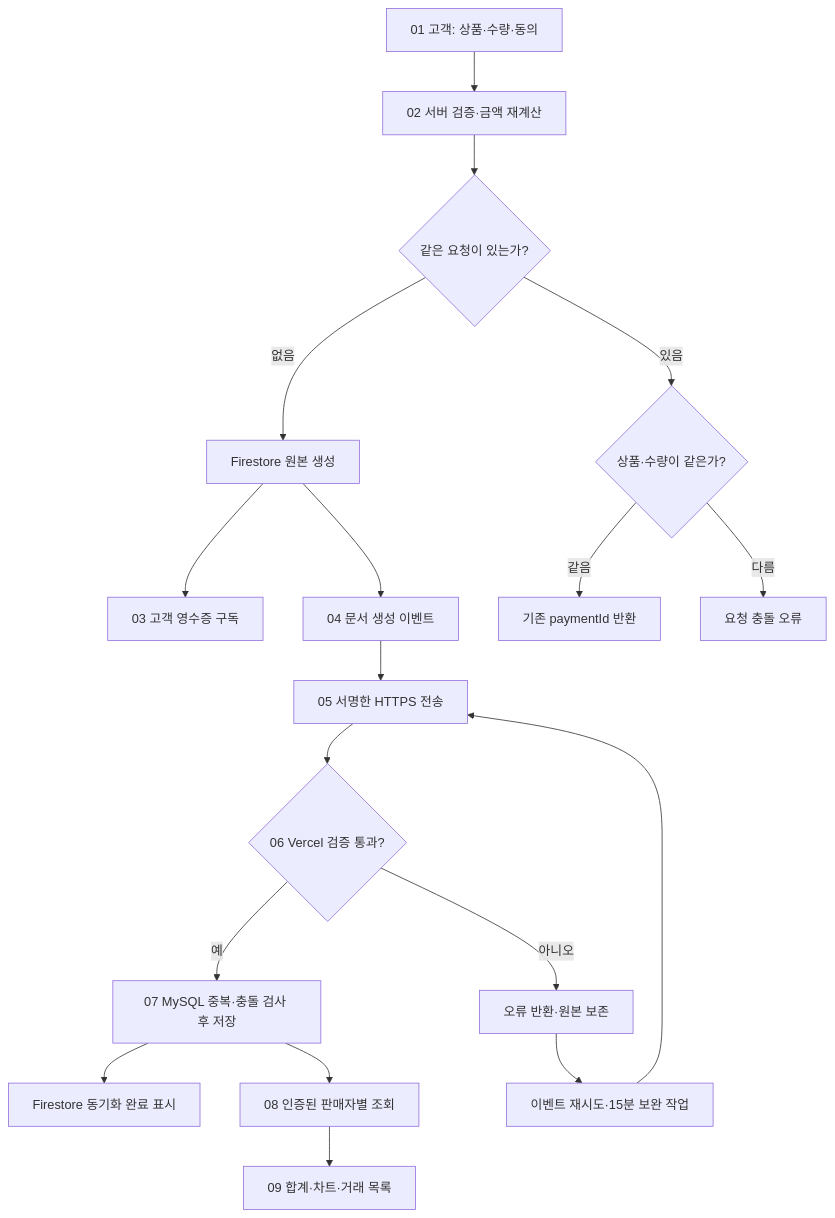
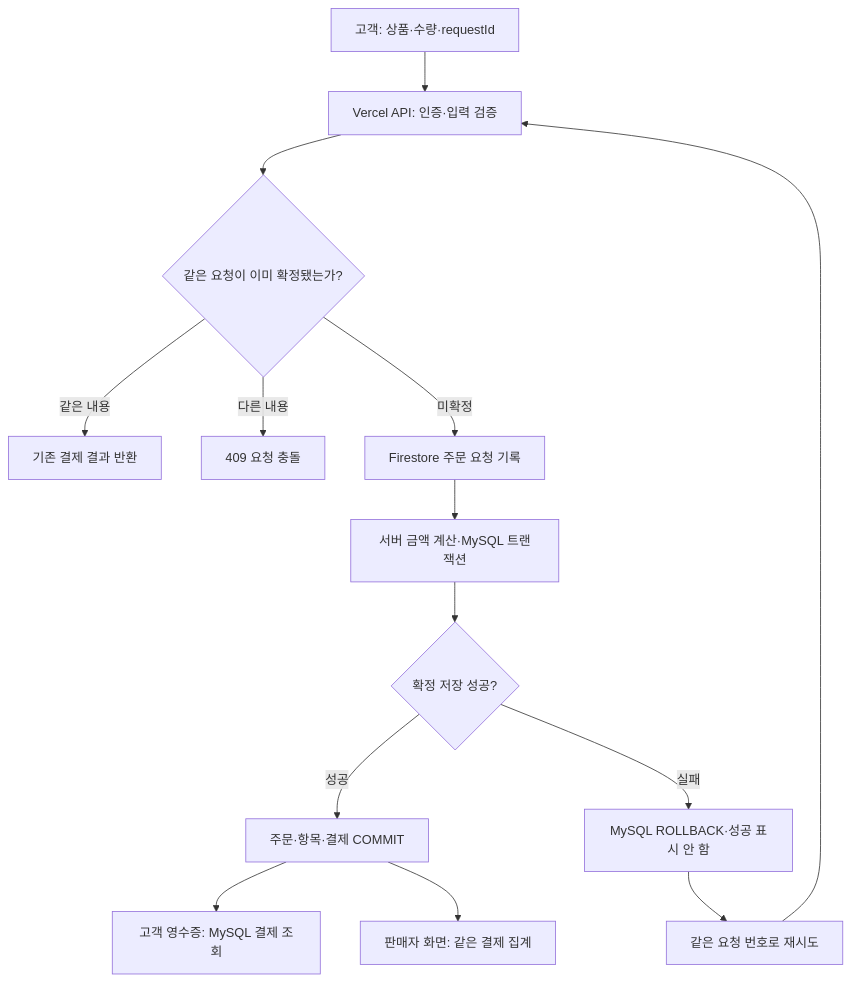
One commit to wevolmina/ENG_agency changed the first of 3 diagrams in docs/IMPLEMENTATION-REPORT.md. Above: the diagram before and after it, drawn with Mermaid. The commit also changed other lines of this file and 1 other file, not shown here.

````diff
--- a/docs/IMPLEMENTATION-REPORT.md
+++ b/docs/IMPLEMENTATION-REPORT.md
@@ -40,20 +72,16 @@
 ```mermaid
 flowchart TD
-  A["01 고객: 상품·수량·동의"] --> B["02 서버 검증·금액 재계산"]
-  B --> C{"같은 요청이 있는가?"}
-  C -->|없음| D["Firestore 원본 생성"]
-  C -->|있음| E{"상품·수량이 같은가?"}
-  E -->|같음| F["기존 paymentId 반환"]
-  E -->|다름| G["요청 충돌 오류"]
-  D --> H["03 고객 영수증 구독"]
-  D --> I["04 문서 생성 이벤트"]
-  I --> J["05 서명한 HTTPS 전송"]
-  J --> K{"06 Vercel 검증 통과?"}
-  K -->|예| L["07 MySQL 중복·충돌 검사 후 저장"]
-  K -->|아니오| M["오류 반환·원본 보존"]
-  L --> N["Firestore 동기화 완료 표시"]
-  M --> O["이벤트 재시도·15분 보완 작업"]
-  O --> J
-  L --> P["08 인증된 판매자별 조회"]
-  P --> Q["09 합계·차트·거래 목록"]
+  A["고객: 상품·수량·requestId"] --> B["Vercel API: 인증·입력 검증"]
+  B --> C{"같은 요청이 이미 확정됐는가?"}
+  C -->|같은 내용| D["기존 결제 결과 반환"]
+  C -->|다른 내용| E["409 요청 충돌"]
+  C -->|미확정| F["Firestore 주문 요청 기록"]
+  F --> G["서버 금액 계산·MySQL 트랜잭션"]
+  G --> H{"확정 저장 성공?"}
+  H -->|성공| I["주문·항목·결제 COMMIT"]
+  H -->|실패| J["MySQL ROLLBACK·성공 표시 안 함"]
+  J --> K["같은 요청 번호로 재시도"]
+  K --> B
+  I --> L["고객 영수증: MySQL 결제 조회"]
+  I --> M["판매자 화면: 같은 결제 집계"]
 ```
````
